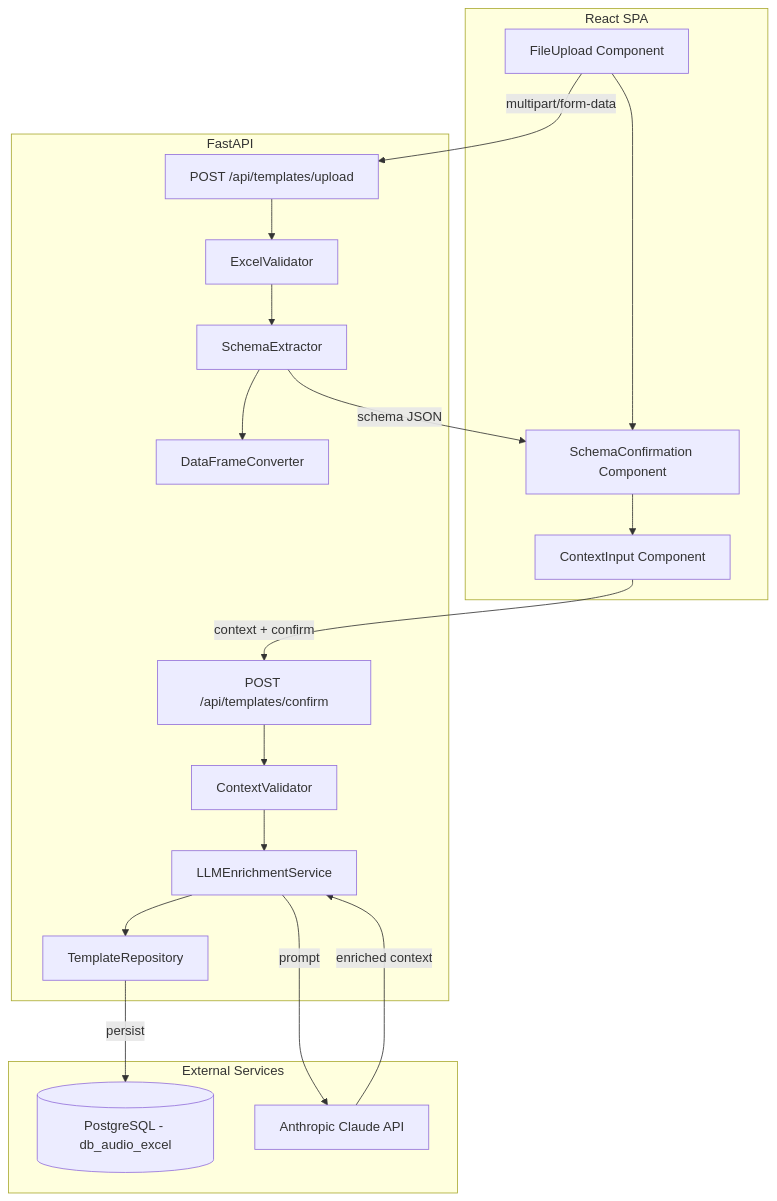
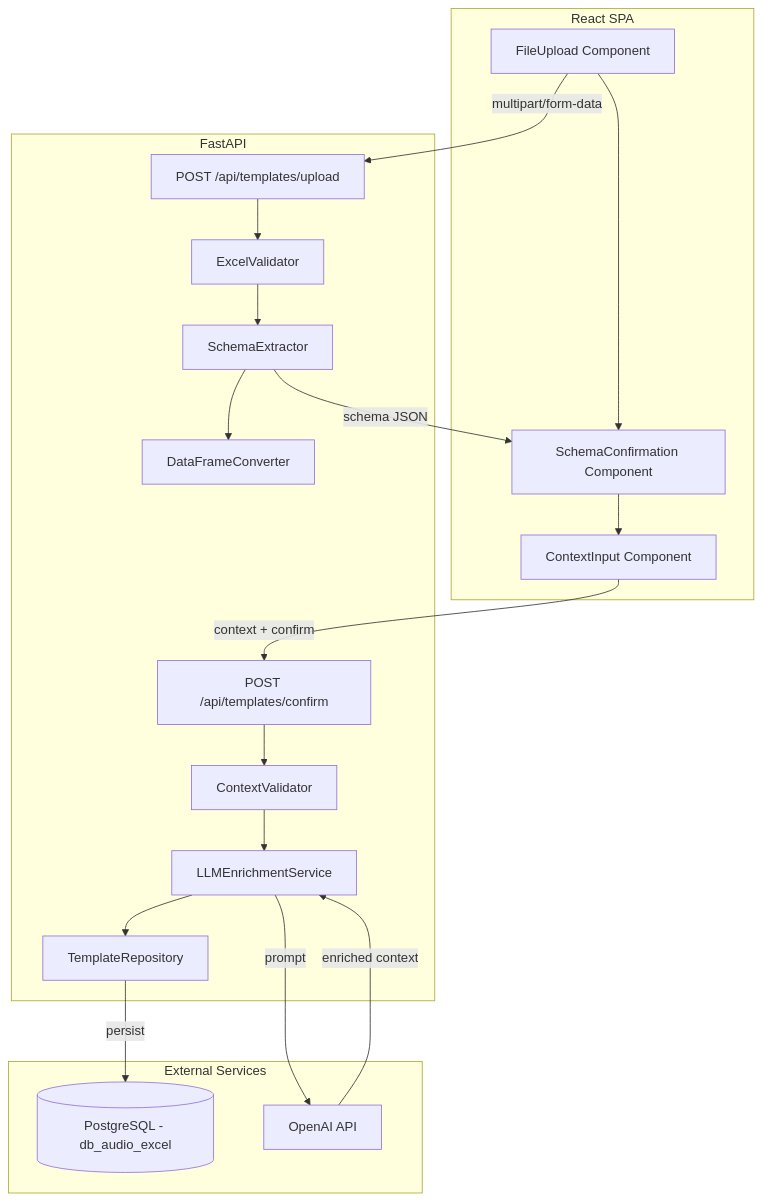
Before and after one commit to cvegaz/voxa: the first of 2 diagrams in .kiro/specs/excel-template-loader/design.md, drawn with Mermaid. The commit also changed other lines of this file and 50 other files, not shown here.

````diff
--- a/.kiro/specs/excel-template-loader/design.md
+++ b/.kiro/specs/excel-template-loader/design.md
@@ -25,28 +25,28 @@
 ```mermaid
 flowchart TD
     subgraph Frontend [React SPA]
         A[FileUpload Component] --> B[SchemaConfirmation Component]
         B --> C[ContextInput Component]
     end
 
     subgraph Backend [FastAPI]
         D[POST /api/templates/upload] --> E[ExcelValidator]
         E --> F[SchemaExtractor]
         F --> G[DataFrameConverter]
         H[POST /api/templates/confirm] --> I[ContextValidator]
         I --> J[LLMEnrichmentService]
         J --> K[TemplateRepository]
     end
 
     subgraph External [External Services]
         L[(PostgreSQL - db_audio_excel)]
-        M[Anthropic Claude API]
+        M[OpenAI API]
     end
 
     A -->|multipart/form-data| D
     F -->|schema JSON| B
     C -->|context + confirm| H
     J -->|prompt| M
     M -->|enriched context| J
     K -->|persist| L
 ```
````
